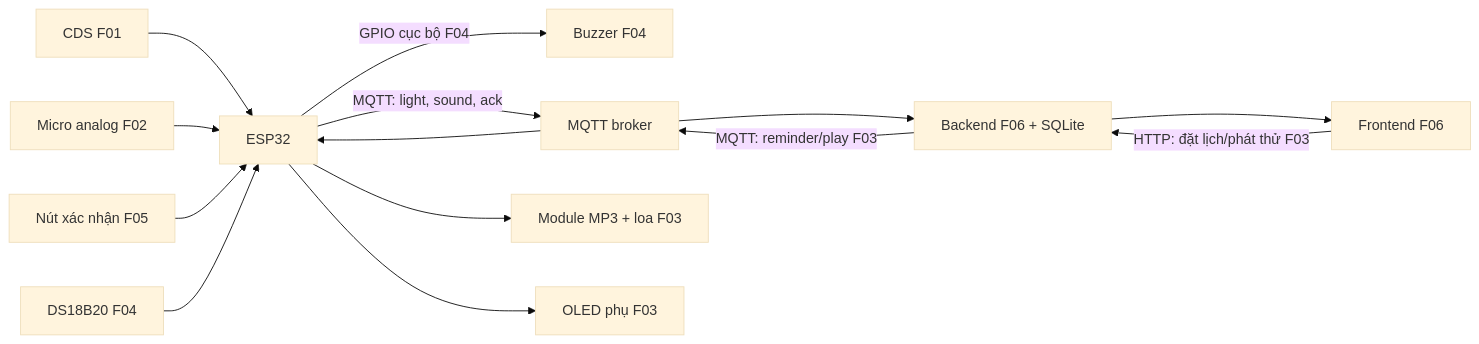
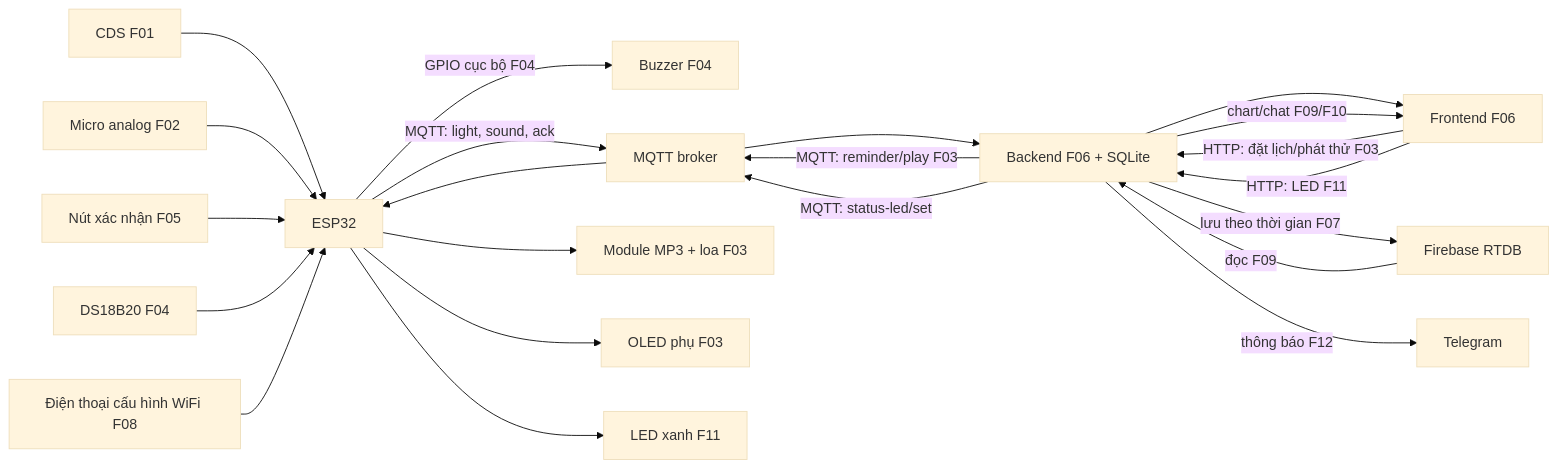
The diagram in 06_CHILD_ROUTINE_MONITORING_SYSTEM.MD (nvphuoc1172/iot-project-1), drawn with Mermaid (base theme) before and after one commit. The commit also changed other lines of this file and 4 other files, not shown here.

````diff
--- a/06_CHILD_ROUTINE_MONITORING_SYSTEM.MD
+++ b/06_CHILD_ROUTINE_MONITORING_SYSTEM.MD
@@ -66,16 +73,24 @@
 ```mermaid
 flowchart LR
   L["CDS F01"] --> E["ESP32"]
   S["Micro analog F02"] --> E
   BTN["Nút xác nhận F05"] --> E
   T["DS18B20 F04"] --> E
   E -->|GPIO cục bộ F04| BZ["Buzzer F04"]
   E -->|MQTT: light, sound, ack| MQ["MQTT broker"]
   MQ --> BE["Backend F06 + SQLite"]
   BE --> FE["Frontend F06"]
   FE -->|HTTP: đặt lịch/phát thử F03| BE
   BE -->|MQTT: reminder/play F03| MQ
   MQ --> E
   E --> MP3["Module MP3 + loa F03"]
   E --> OLED["OLED phụ F03"]
+  BE -->|lưu theo thời gian F07| DB["Firebase RTDB"]
+  DB -->|đọc F09| BE
+  BE -->|chart/chat F09/F10| FE
+  FE -->|HTTP: LED F11| BE
+  BE -->|MQTT: status-led/set| MQ
+  E --> LED["LED xanh F11"]
+  BE -->|thông báo F12| TG["Telegram"]
+  PHONE["Điện thoại cấu hình WiFi F08"] --> E
 ```
````
